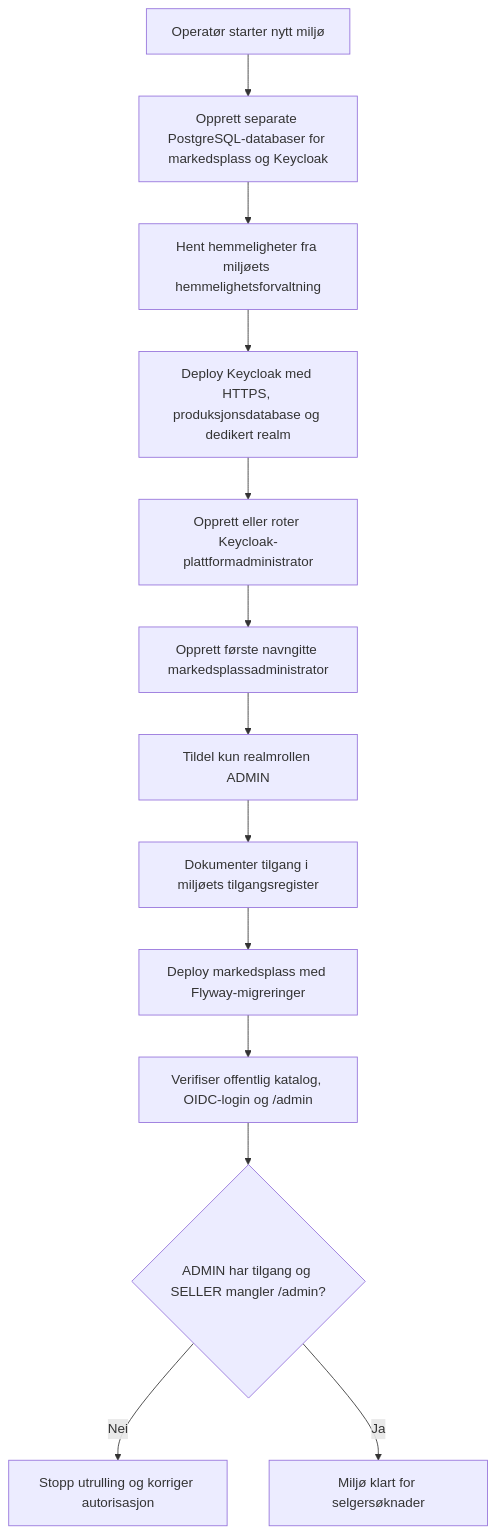
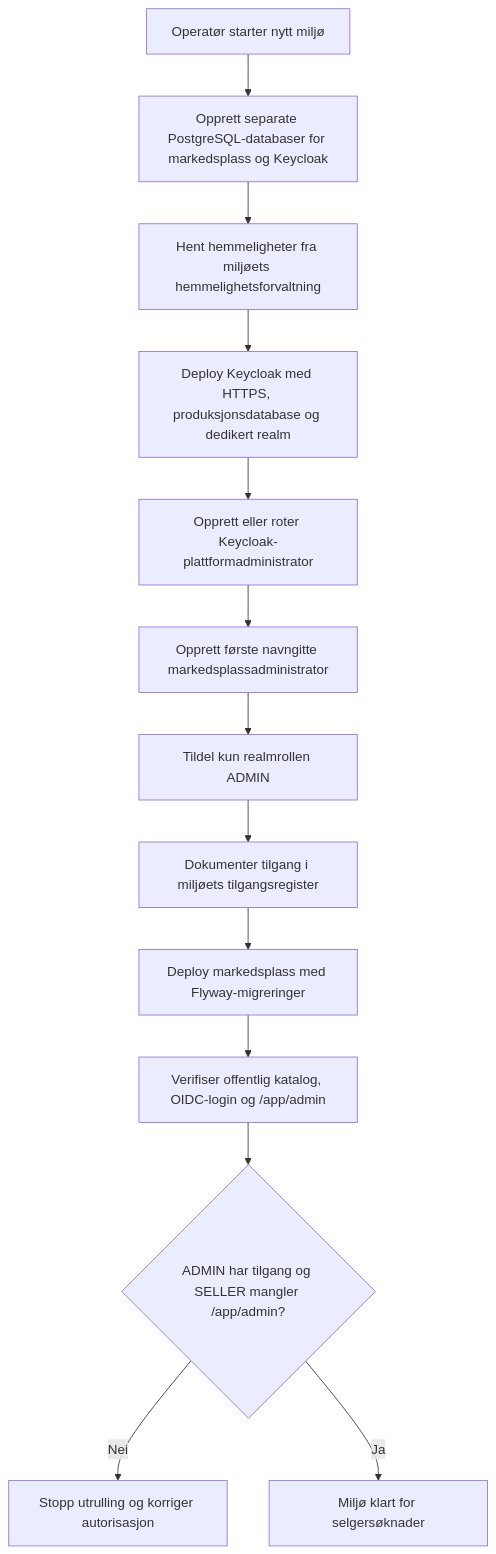
One commit to vardaasen/prosjekt changed the diagram in docs/userflows/diagrams/08-operator-installs-and-bootstraps-environment.mmd. Above: the diagram before and after it, drawn with Mermaid. The commit also changed 13 other files, not shown here.

```diff
--- a/docs/userflows/diagrams/08-operator-installs-and-bootstraps-environment.mmd
+++ b/docs/userflows/diagrams/08-operator-installs-and-bootstraps-environment.mmd
@@ -1,13 +1,13 @@
 flowchart TD
     A[Operatør starter nytt miljø] --> B[Opprett separate PostgreSQL-databaser for markedsplass og Keycloak]
     B --> C[Hent hemmeligheter fra miljøets hemmelighetsforvaltning]
     C --> D[Deploy Keycloak med HTTPS, produksjonsdatabase og dedikert realm]
     D --> E[Opprett eller roter Keycloak-plattformadministrator]
     E --> F[Opprett første navngitte markedsplassadministrator]
     F --> G[Tildel kun realmrollen ADMIN]
     G --> H[Dokumenter tilgang i miljøets tilgangsregister]
     H --> I[Deploy markedsplass med Flyway-migreringer]
-    I --> J[Verifiser offentlig katalog, OIDC-login og /admin]
-    J --> K{ADMIN har tilgang og SELLER mangler /admin?}
+    I --> J[Verifiser offentlig katalog, OIDC-login og /app/admin]
+    J --> K{ADMIN har tilgang og SELLER mangler /app/admin?}
     K -- Nei --> L[Stopp utrulling og korriger autorisasjon]
     K -- Ja --> M[Miljø klart for selgersøknader]
```
